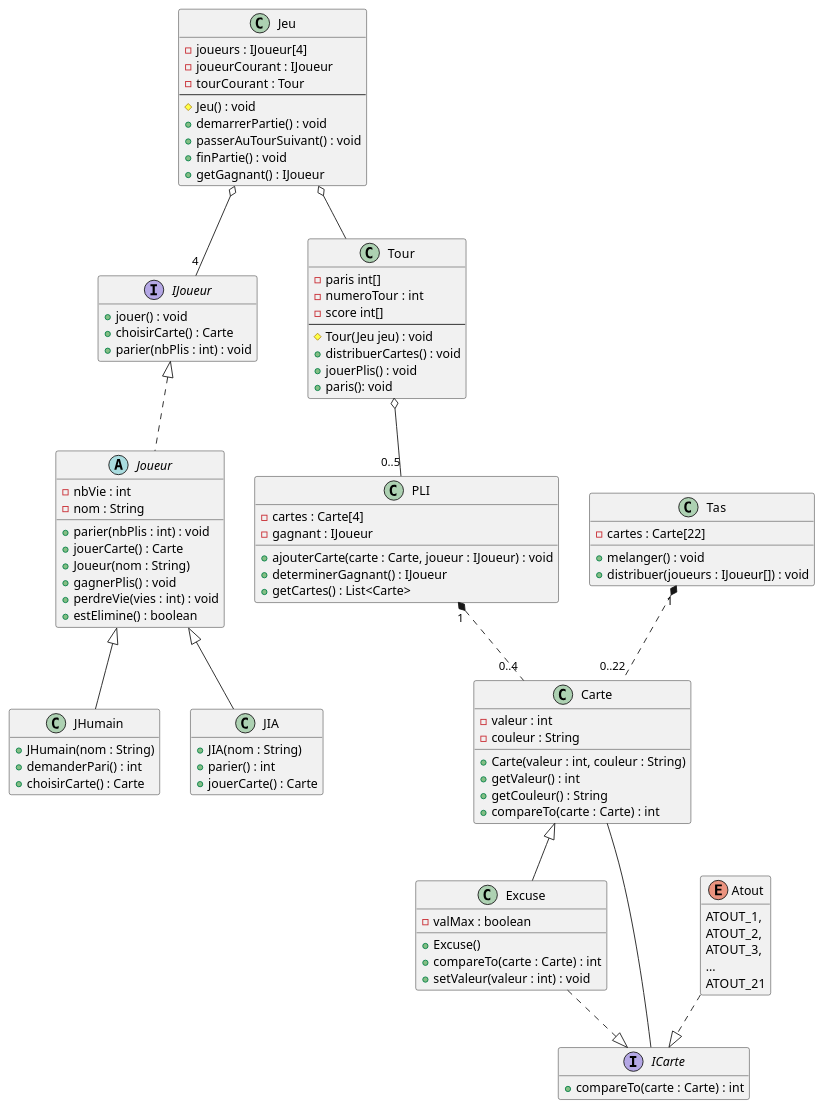
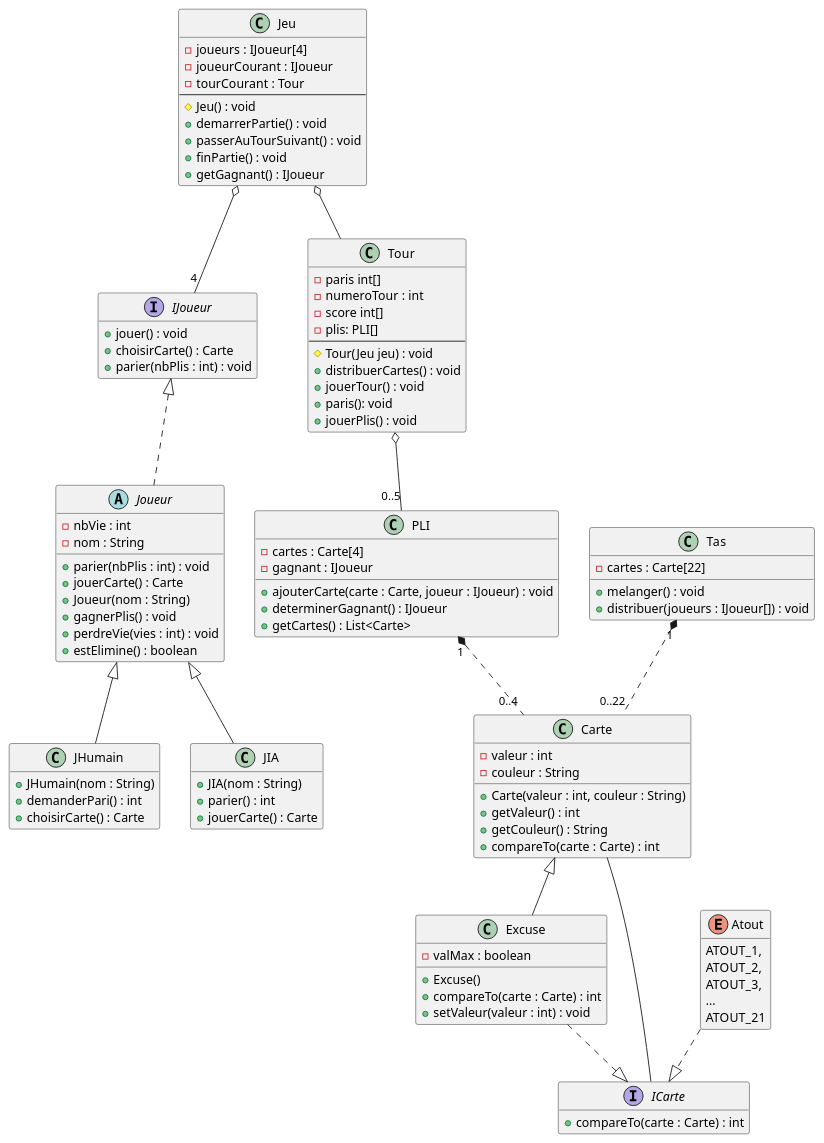
Before and after one commit to BenjaminC62/Tarot-Africain: the diagram in new.puml, drawn with PlantUML. The commit also changed 3 other files, not shown here.

```diff
--- a/new.puml
+++ b/new.puml
@@ -1,116 +1,118 @@
 @startuml
 
 ' Cacher les attributs vides dans les classes
 hide empty members
 
 ' Déclaration des classes principales
 
 abstract class Joueur {
     -nbVie : int
     -nom : String
     +parier(nbPlis : int) : void
     +jouerCarte() : Carte
     +Joueur(nom : String)
     +gagnerPlis() : void
     +perdreVie(vies : int) : void
     +estElimine() : boolean
 }
 
 class Carte {
     -valeur : int
     -couleur : String
     +Carte(valeur : int, couleur : String)
     +getValeur() : int
     +getCouleur() : String
     +compareTo(carte : Carte) : int
 }
 
 class Jeu {
     -joueurs : IJoueur[4]
     -joueurCourant : IJoueur
     -tourCourant : Tour
     --
     #Jeu() : void
     +demarrerPartie() : void
     +passerAuTourSuivant() : void
     +finPartie() : void
     +getGagnant() : IJoueur
 }
 
 interface IJoueur {
     +jouer() : void
     +choisirCarte() : Carte
     +parier(nbPlis : int) : void
 }
 
 class PLI {
     -cartes : Carte[4]
     -gagnant : IJoueur
     +ajouterCarte(carte : Carte, joueur : IJoueur) : void
     +determinerGagnant() : IJoueur
     +getCartes() : List<Carte>
 }
 
 class Tas {
     -cartes : Carte[22]
     +melanger() : void
     +distribuer(joueurs : IJoueur[]) : void
 }
 
 class Tour {
     -paris int[]
     -numeroTour : int
     -score int[]
+    -plis: PLI[]
     --
     #Tour(Jeu jeu) : void
     +distribuerCartes() : void
+    +jouerTour() : void
+    +paris(): void
     +jouerPlis() : void
-    +paris(): void
 }
 
 enum Atout {
     ATOUT_1,
     ATOUT_2,
     ATOUT_3,
     ...
     ATOUT_21
 }
 
 class JHumain extends Joueur {
     +JHumain(nom : String)
     +demanderPari() : int
     +choisirCarte() : Carte
 }
 
 class JIA extends Joueur {
     +JIA(nom : String)
     +parier() : int
     +jouerCarte() : Carte
 }
 
 class Excuse extends Carte {
     -valMax : boolean
     +Excuse()
     +compareTo(carte : Carte) : int
     +setValeur(valeur : int) : void
 }
 
 interface ICarte {
     +compareTo(carte : Carte) : int
 }
 
 PLI "1" *.. "0..4" Carte
 Tas "1" *.. "0..22" Carte
 
 
 Tour o-- "0..5" PLI
 Jeu o-- Tour
 
 Atout ..|> ICarte
 Excuse ..|> ICarte
 Carte -- ICarte
 
 Jeu o-- "4" IJoueur
 IJoueur <|.. Joueur
 
 @enduml
```
